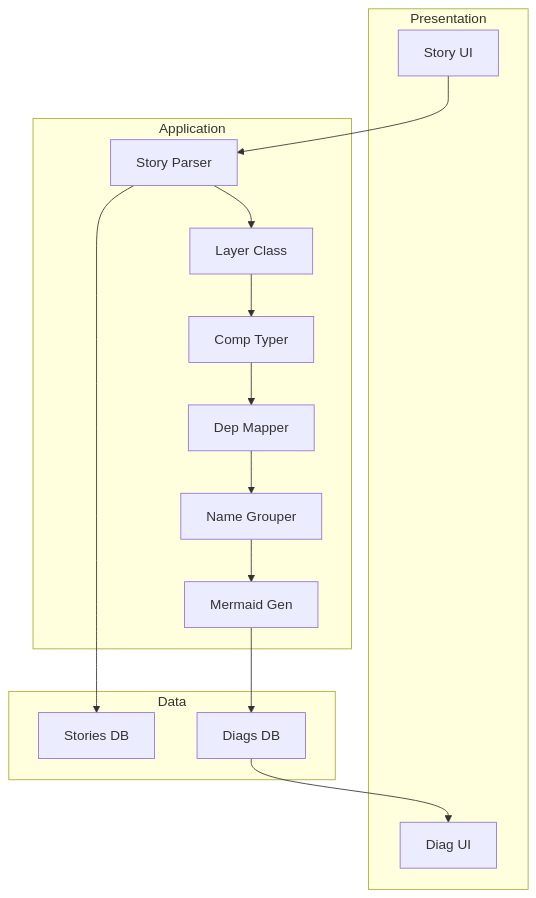
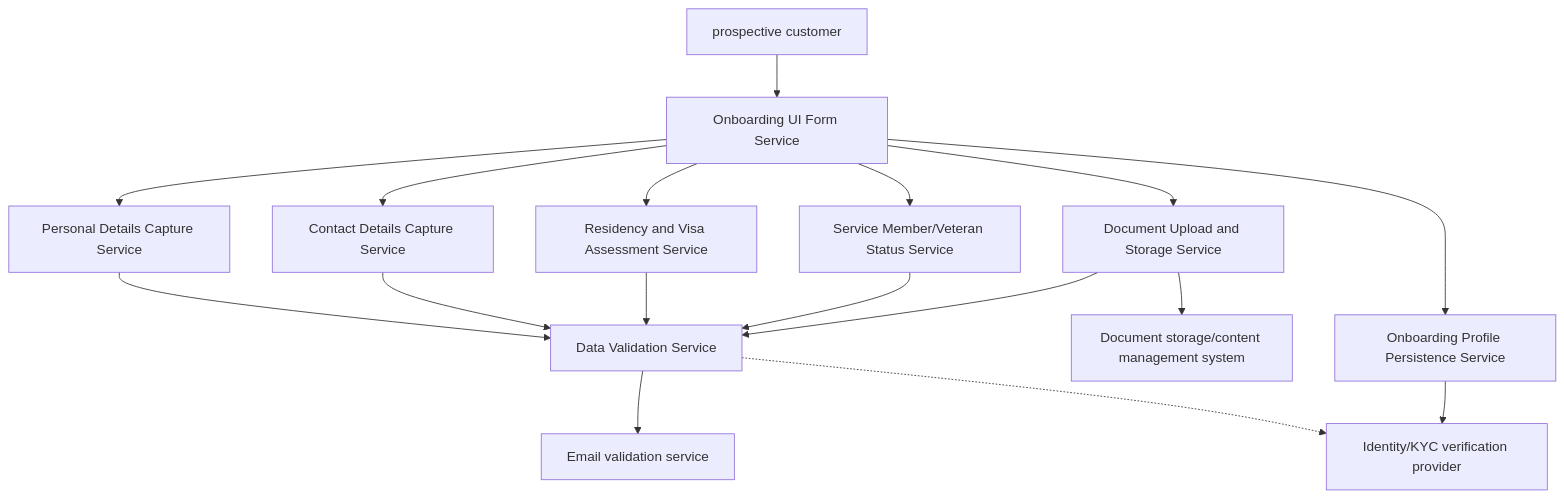
One commit to madhukumara1616/customer-onboarding-application changed the second of 5 diagrams in diagrams/output.md. Above: the diagram before and after it, drawn with Mermaid. The commit also changed other lines of this file, not shown here.

Commit message:
chore: update diagrams — Pipeline-generated codebase

````diff
--- a/diagrams/output.md
+++ b/diagrams/output.md
@@ -38,32 +47,36 @@
 ```mermaid
 %% TITLE: Component Diagram
 graph TD
-  subgraph T1["Presentation"]
-    ui1["Diag UI"]
-    ui2["Story UI"]
-  end
+  actor_pc["prospective customer"]
+  svc_ui["Onboarding UI Form Service"]
+  svc_personal["Personal Details Capture Service"]
+  svc_contact["Contact Details Capture Service"]
+  svc_residency["Residency and Visa Assessment Service"]
+  svc_service_status["Service Member/Veteran Status Service"]
+  svc_doc["Document Upload and Storage Service"]
+  svc_validation["Data Validation Service"]
+  svc_persist["Onboarding Profile Persistence Service"]
+  ext_email["Email validation service"]
+  ext_docstore["Document storage/content management system"]
+  ext_kyc["Identity/KYC verification provider"]
 
-  subgraph T2["Application"]
-    app1["Story Parser"]
-    app2["Layer Class"]
-    app3["Comp Typer"]
-    app4["Dep Mapper"]
-    app5["Name Grouper"]
-    app6["Mermaid Gen"]
-  end
+  actor_pc --> svc_ui
 
-  subgraph T3["Data"]
-    db1["Stories DB"]
-    db2["Diags DB"]
-  end
+  svc_ui --> svc_personal
+  svc_ui --> svc_contact
+  svc_ui --> svc_residency
+  svc_ui --> svc_service_status
+  svc_ui --> svc_doc
+  svc_ui --> svc_persist
 
-  ui2 --> app1
-  app1 --> app2
-  app2 --> app3
-  app3 --> app4
-  app4 --> app5
-  app5 --> app6
-  app1 --> db1
-  app6 --> db2
-  db2 --> ui1
+  svc_personal --> svc_validation
+  svc_contact --> svc_validation
+  svc_residency --> svc_validation
+  svc_service_status --> svc_validation
+  svc_doc --> svc_validation
+
+  svc_validation --> ext_email
+  svc_validation -.-> ext_kyc
+  svc_doc --> ext_docstore
+  svc_persist --> ext_kyc
 ```
````
